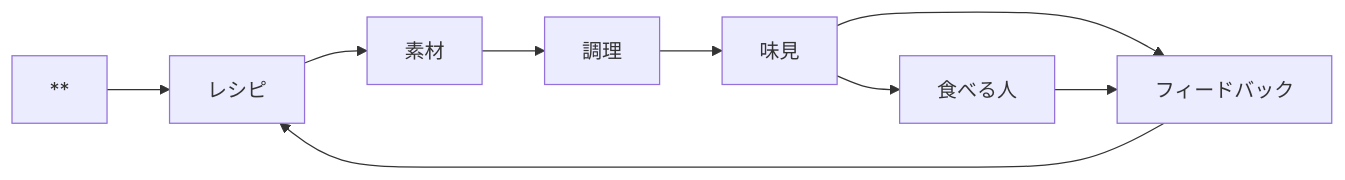
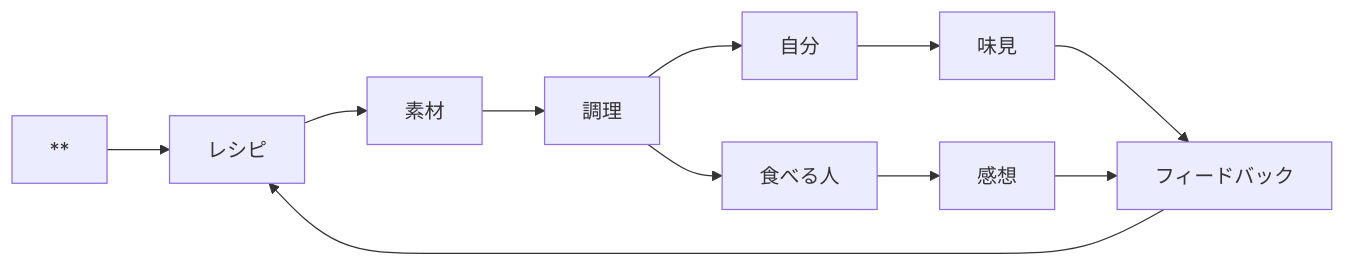
One commit to metaproxy-technologies/pages changed the third of 4 diagrams in docs/_posts/2017-01-01-hello.md. Above: the diagram before and after it, drawn with Mermaid. The commit also changed other lines of this file and 3 other files, not shown here.

````diff
--- a/docs/_posts/2017-01-01-hello.md
+++ b/docs/_posts/2017-01-01-hello.md
@@ -62,11 +62,22 @@
 ```mermaid
 graph LR;
-  レシピ --> 素材
-  素材 --> 調理
-  調理 --> 味見
-  味見 --> 食べる人
-  味見 --> フィードバック
-  食べる人 --> フィードバック
-  フィードバック --> レシピ
-  ** --> レシピ
+  A[レシピ];
+  B[素材];
+  C[調理];
+  D[味見];
+  E[食べる人];
+  F[フィードバック];
+  G[自分];
+  H[感想];
+
+  A --> B
+  B --> C
+  C --> G
+  G --> D
+  C --> E
+  E --> H
+  D --> F
+  H --> F
+  F --> A
+  ** --> A
 ```
````
